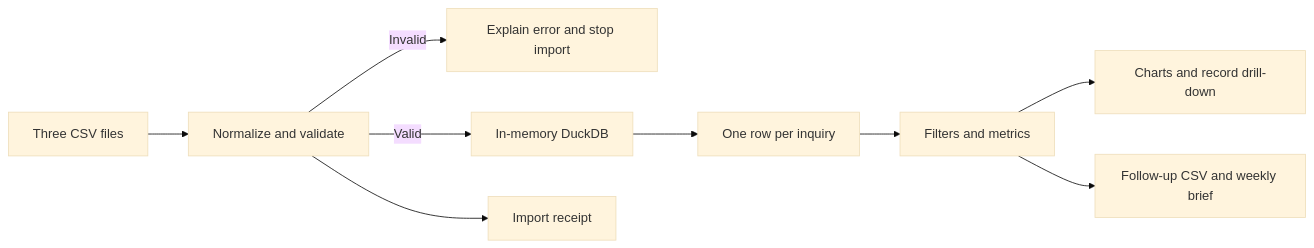
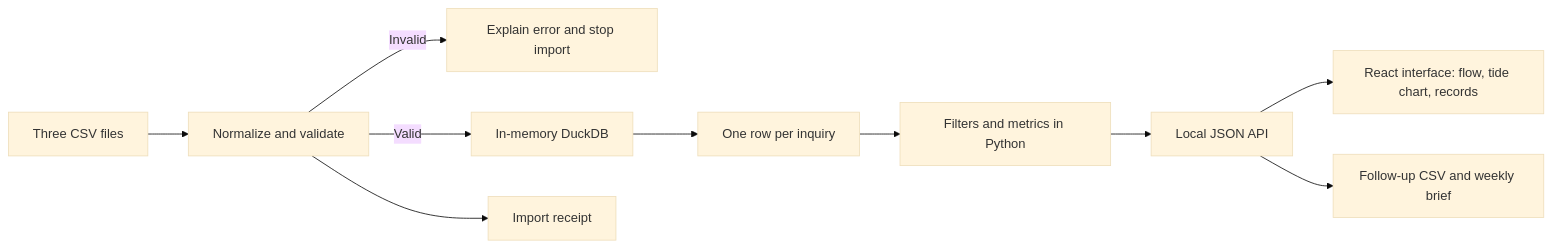
One commit to Hasnain3201/lead-to-booking-dashboard changed the diagram in docs/IMPLEMENTATION-PLAN.md. Above: the diagram before and after it, drawn with Mermaid (base theme). The commit also changed other lines of this file and 32 other files, not shown here.

````diff
--- a/docs/IMPLEMENTATION-PLAN.md
+++ b/docs/IMPLEMENTATION-PLAN.md
@@ -33,11 +34,12 @@
 ```mermaid
 flowchart LR
     A[Three CSV files] --> B[Normalize and validate]
     B -->|Invalid| C[Explain error and stop import]
     B -->|Valid| D[In-memory DuckDB]
     D --> E[One row per inquiry]
-    E --> F[Filters and metrics]
-    F --> G[Charts and record drill-down]
-    F --> H[Follow-up CSV and weekly brief]
+    E --> F[Filters and metrics in Python]
+    F --> J[Local JSON API]
+    J --> G[React interface: flow, tide chart, records]
+    J --> H[Follow-up CSV and weekly brief]
     B --> I[Import receipt]
 ```
````
